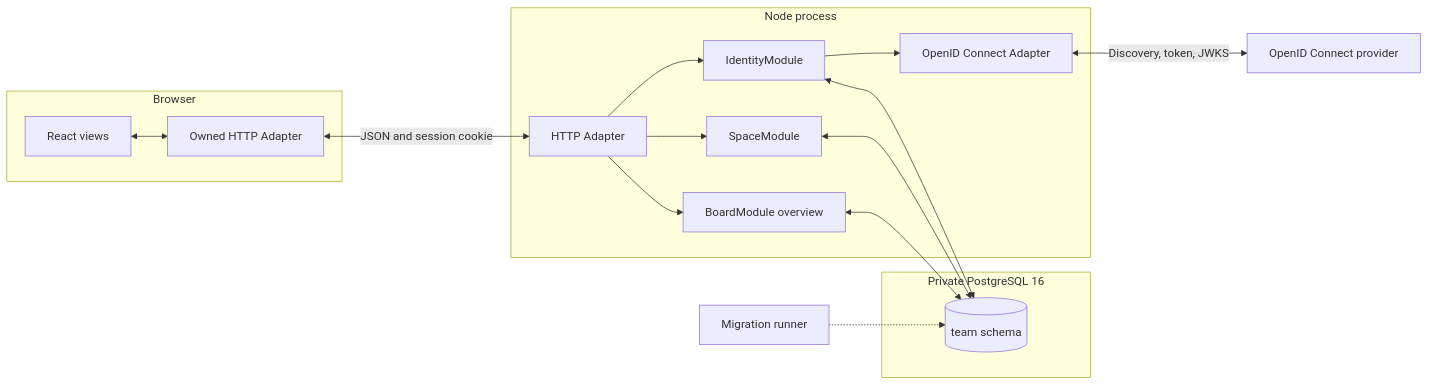
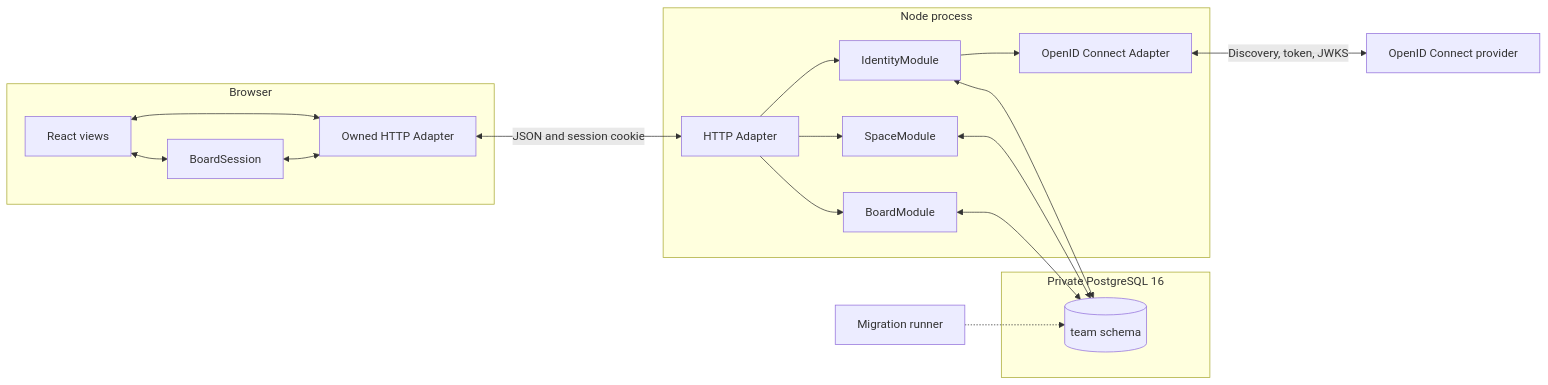
One commit to SmidigBommen/dig-the-tracker changed the diagram in ARCHITECTURE.md. Above: the diagram before and after it, drawn with Mermaid. The commit also changed other lines of this file and 69 other files, not shown here.

````diff
--- a/ARCHITECTURE.md
+++ b/ARCHITECTURE.md
@@ -7,31 +7,34 @@
 ```mermaid
 flowchart LR
   subgraph Browser[Browser]
     Views[React views]
     TeamClient[Owned HTTP Adapter]
+    BoardSession[BoardSession]
     Views <--> TeamClient
+    Views <--> BoardSession
+    BoardSession <--> TeamClient
   end
 
   subgraph Node[Node process]
     HTTP[HTTP Adapter]
     Identity[IdentityModule]
     Space[SpaceModule]
-    Board[BoardModule overview]
+    Board[BoardModule]
     OIDCAdapter[OpenID Connect Adapter]
     HTTP --> Identity
     HTTP --> Space
     HTTP --> Board
     Identity --> OIDCAdapter
   end
 
   subgraph Postgres[Private PostgreSQL 16]
     TeamSchema[(team schema)]
   end
 
   TeamClient <-->|JSON and session cookie| HTTP
   OIDCAdapter <-->|Discovery, token, JWKS| Provider[OpenID Connect provider]
   Identity <--> TeamSchema
   Space <--> TeamSchema
   Board <--> TeamSchema
   Migrations[Migration runner] -.-> TeamSchema
 ```
````
